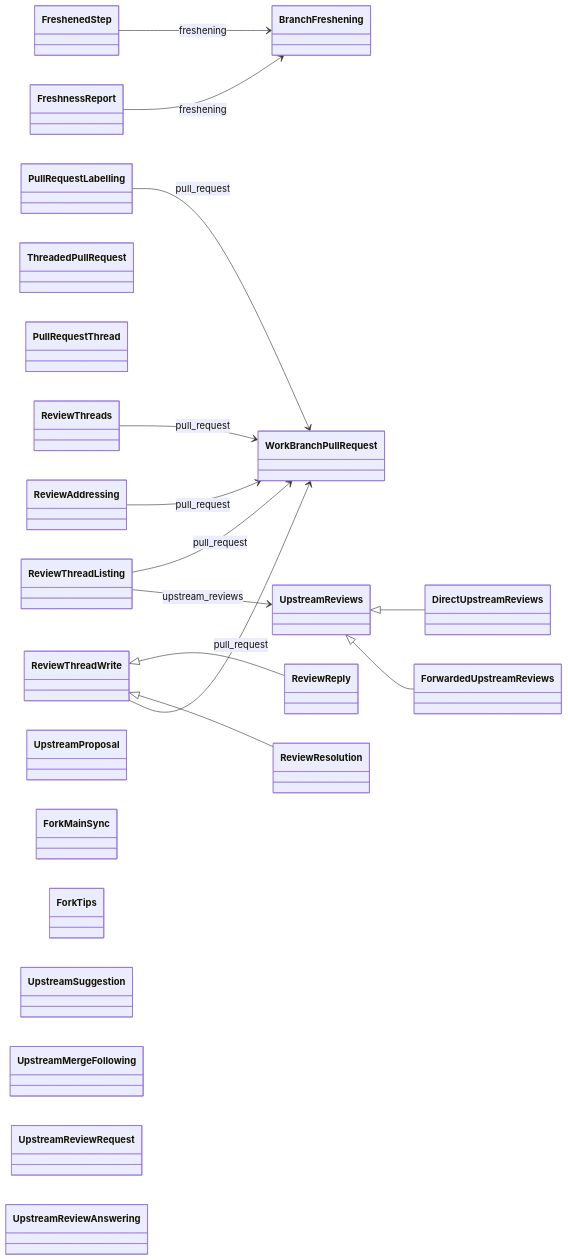
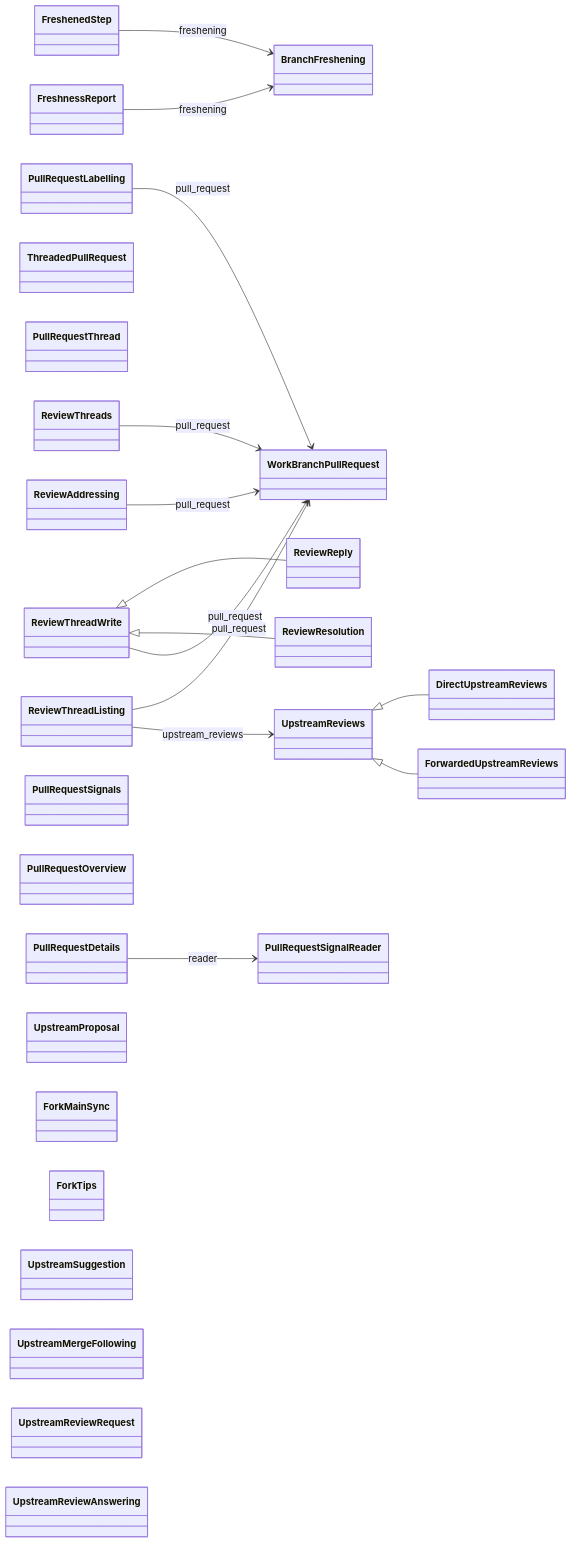
One commit to LucaKro/GitHubWorkflow changed the eighth of 10 diagrams in README.md. Above: the diagram before and after it, drawn with Mermaid. The commit also changed other lines of this file and 34 other files, not shown here.

First line of the commit message:
Declare the architecture diagrams in pyproject.toml and draw any project's

````diff
--- a/README.md
+++ b/README.md
@@ -408,39 +423,44 @@
 ```mermaid
 classDiagram
     direction LR
     class BranchFreshening
     class FreshenedStep
     class FreshnessReport
     class WorkBranchPullRequest
     class PullRequestLabelling
     class ThreadedPullRequest
     class PullRequestThread
     class ReviewThreads
     class ReviewThreadListing
     class ReviewThreadWrite
     class ReviewReply
     class ReviewResolution
     class ReviewAddressing
+    class PullRequestSignals
+    class PullRequestSignalReader
+    class PullRequestOverview
+    class PullRequestDetails
     class UpstreamProposal
     class ForkMainSync
     class ForkTips
     class UpstreamSuggestion
     class UpstreamMergeFollowing
     class UpstreamReviewRequest
     class UpstreamReviews
     class DirectUpstreamReviews
     class ForwardedUpstreamReviews
     class UpstreamReviewAnswering
     ReviewThreadWrite <|-- ReviewReply
     ReviewThreadWrite <|-- ReviewResolution
     UpstreamReviews <|-- DirectUpstreamReviews
     UpstreamReviews <|-- ForwardedUpstreamReviews
     FreshenedStep --> BranchFreshening : freshening
     FreshnessReport --> BranchFreshening : freshening
     PullRequestLabelling --> WorkBranchPullRequest : pull_request
     ReviewThreads --> WorkBranchPullRequest : pull_request
     ReviewThreadListing --> WorkBranchPullRequest : pull_request
     ReviewThreadListing --> UpstreamReviews : upstream_reviews
     ReviewThreadWrite --> WorkBranchPullRequest : pull_request
     ReviewAddressing --> WorkBranchPullRequest : pull_request
+    PullRequestDetails --> PullRequestSignalReader : reader
 ```
````
